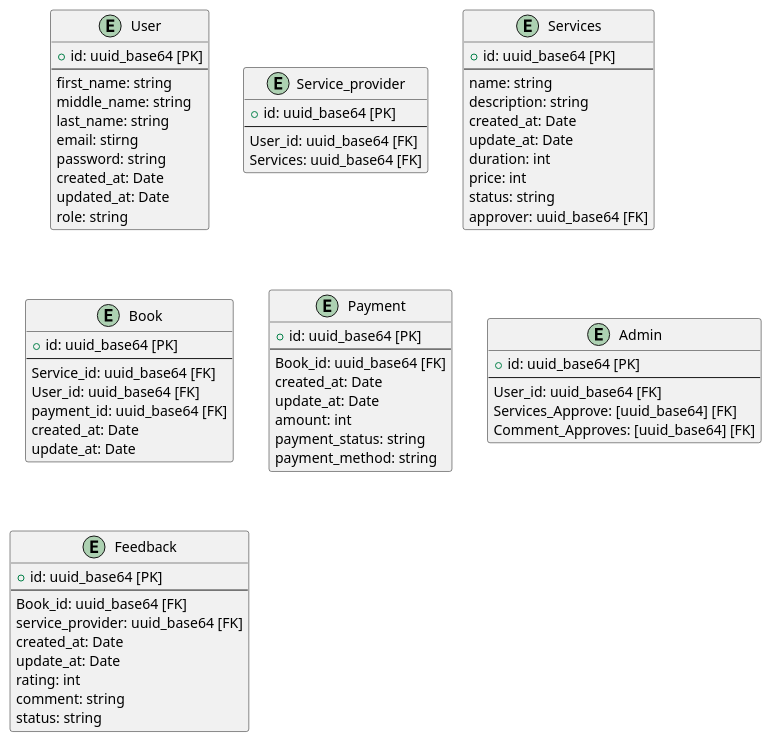
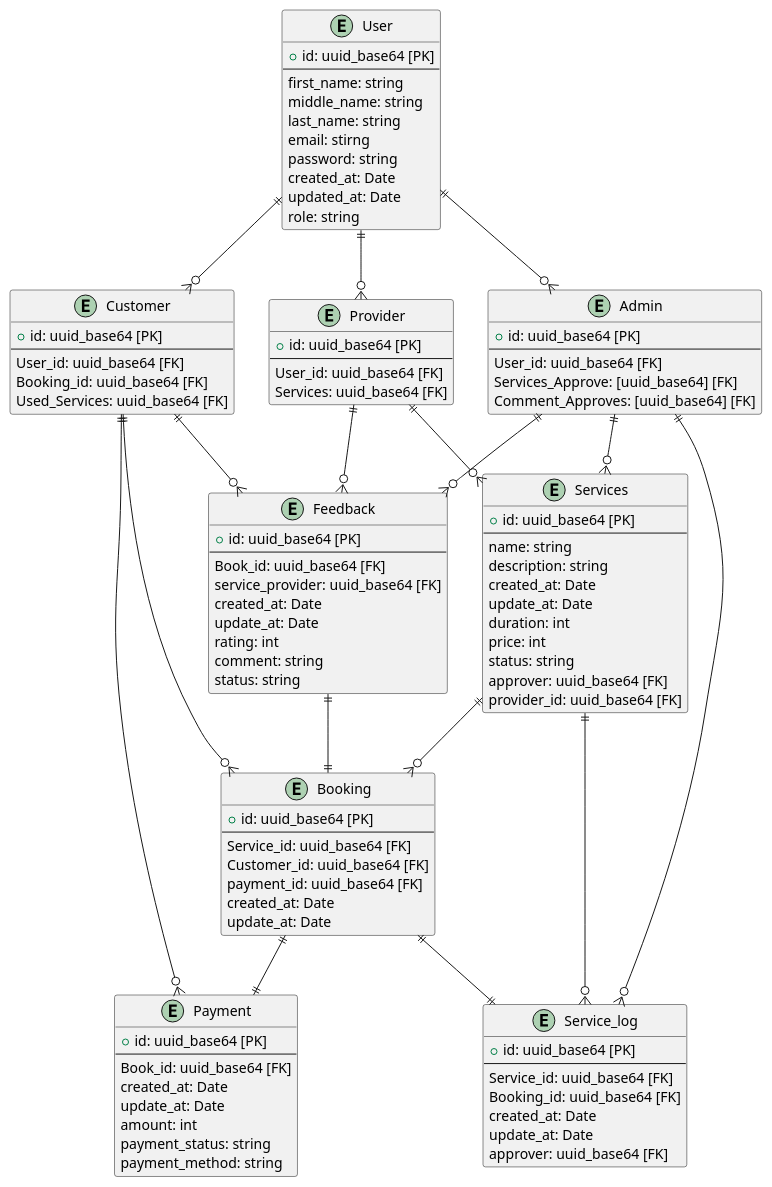
One commit to Nxwbtk/SA-Diagram changed the diagram in ER-Diagram.plantuml. Above: the diagram before and after it, drawn with PlantUML. The commit also changed 1 other file, not shown here.

```diff
--- a/ER-Diagram.plantuml
+++ b/ER-Diagram.plantuml
@@ -1,78 +1,112 @@
 @startuml
 entity "User" as user {
 	+ id: uuid_base64 [PK]
 	--
 	first_name: string
 	middle_name: string
 	last_name: string
 	email: stirng
 	password: string
 	created_at: Date
 	updated_at: Date
 	role: string
 }
 
-entity "Service_provider" as sp {
+entity "Provider" as provider {
 	+ id: uuid_base64 [PK]
 	--
 	User_id: uuid_base64 [FK]
 	Services: uuid_base64 [FK]
+}
+
+entity "Customer" as customer {
+	+ id: uuid_base64 [PK]
+	--
+	User_id: uuid_base64 [FK]
+	Booking_id: uuid_base64 [FK]
+	Used_Services: uuid_base64 [FK]
 }
 
 entity "Services" as service {
 	+ id: uuid_base64 [PK]
 	--
 	name: string
 	description: string
 	created_at: Date
 	update_at: Date
 	duration: int
 	price: int
 	status: string
 	approver: uuid_base64 [FK]
+	provider_id: uuid_base64 [FK]
 }
 
-entity "Book" as book {
+entity "Booking" as book {
 	+ id: uuid_base64 [PK]
 	--
 	Service_id: uuid_base64 [FK]
-	User_id: uuid_base64 [FK]
+	Customer_id: uuid_base64 [FK]
 	payment_id: uuid_base64 [FK]
 	created_at: Date
 	update_at: Date
 }
 
 entity "Payment" as payment {
 	+ id: uuid_base64 [PK]
 	--
 	Book_id: uuid_base64 [FK]
 	created_at: Date
 	update_at: Date
 	amount: int
 	payment_status: string
 	payment_method: string
 }
 
 entity "Admin" as admin {
 	+ id: uuid_base64 [PK]
 	--
 	User_id: uuid_base64 [FK]
 	Services_Approve: [uuid_base64] [FK]
 	Comment_Approves: [uuid_base64] [FK]
 }
 
 entity "Feedback" as fb {
 	+ id: uuid_base64 [PK]
 	--
 	Book_id: uuid_base64 [FK]
 	service_provider: uuid_base64 [FK]
 	created_at: Date
 	update_at: Date
 	rating: int
 	comment: string
 	status: string
 }
 
-' entity
+entity "Service_log" as log {
+	+ id: uuid_base64 [PK]
+	--
+	Service_id: uuid_base64 [FK]
+	Booking_id: uuid_base64 [FK]
+	created_at: Date
+	update_at: Date
+	approver: uuid_base64 [FK]
+}
+
+user ||--o{ provider
+user ||--o{ customer
+user ||--o{ admin
+customer ||--o{ book
+service ||--o{ book
+provider ||--o{ service
+customer ||--o{ payment
+book ||--|| payment
+admin ||--o{ service
+admin ||--o{ fb
+provider ||--o{ fb
+service ||--o{ log
+admin ||--o{ log
+book ||--|| log
+customer ||--o{ fb
+fb ||--|| book
 
 @enduml
```
